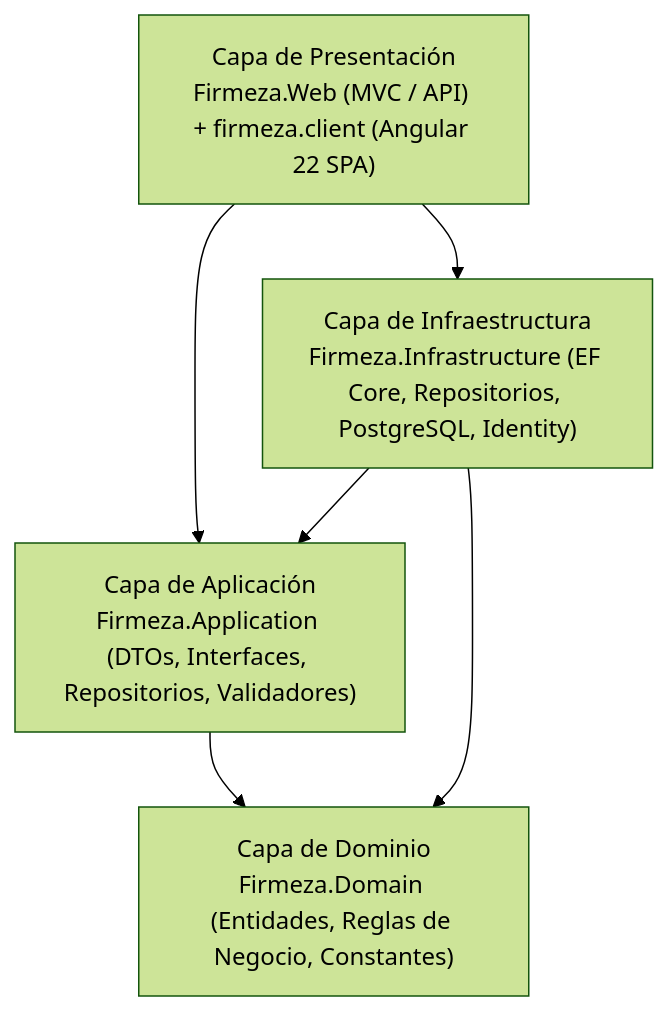
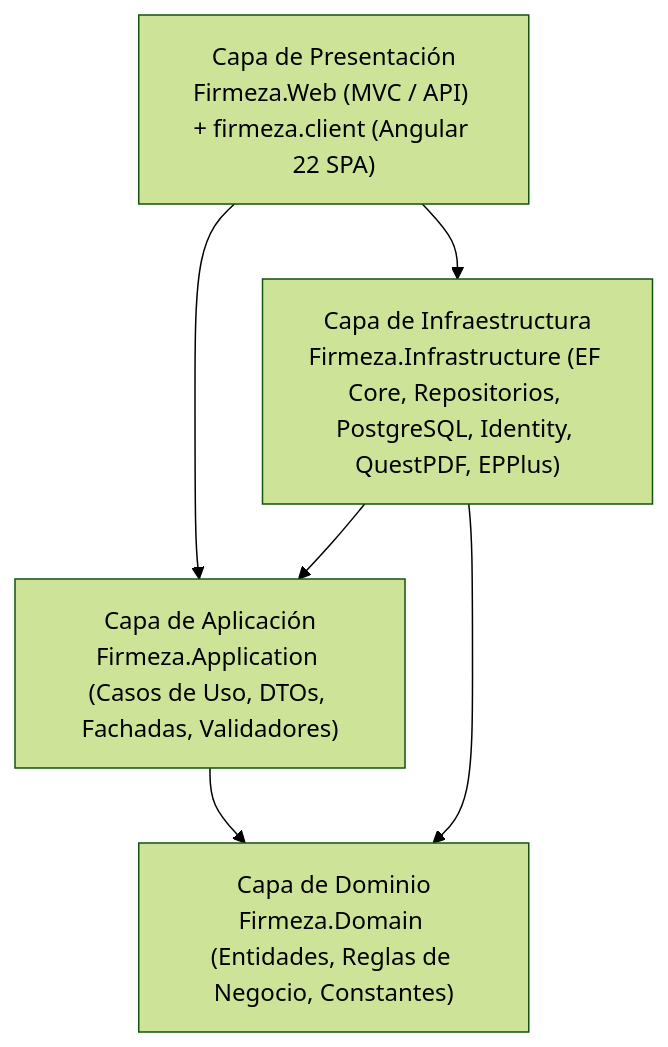
The first of 6 diagrams in README.md (harold-855/Firmeza), drawn with Mermaid (forest theme) before and after one commit. The commit also changed other lines of this file and 31 other files, not shown here.

````diff
--- a/README.md
+++ b/README.md
@@ -47,8 +48,8 @@
 ```mermaid
 graph TD
-    A["Capa de Presentación<br/>Firmeza.Web (MVC / API) + firmeza.client (Angular 22 SPA)"] --> B["Capa de Aplicación<br/>Firmeza.Application (DTOs, Interfaces, Repositorios, Validadores)"]
-    A --> C["Capa de Infraestructura<br/>Firmeza.Infrastructure (EF Core, Repositorios, PostgreSQL, Identity)"]
+    A["Capa de Presentación<br/>Firmeza.Web (MVC / API) + firmeza.client (Angular 22 SPA)"] --> B["Capa de Aplicación<br/>Firmeza.Application (Casos de Uso, DTOs, Fachadas, Validadores)"]
+    A --> C["Capa de Infraestructura<br/>Firmeza.Infrastructure (EF Core, Repositorios, PostgreSQL, Identity, QuestPDF, EPPlus)"]
     C --> B
     C --> D["Capa de Dominio<br/>Firmeza.Domain (Entidades, Reglas de Negocio, Constantes)"]
     B --> D
 ```
````
